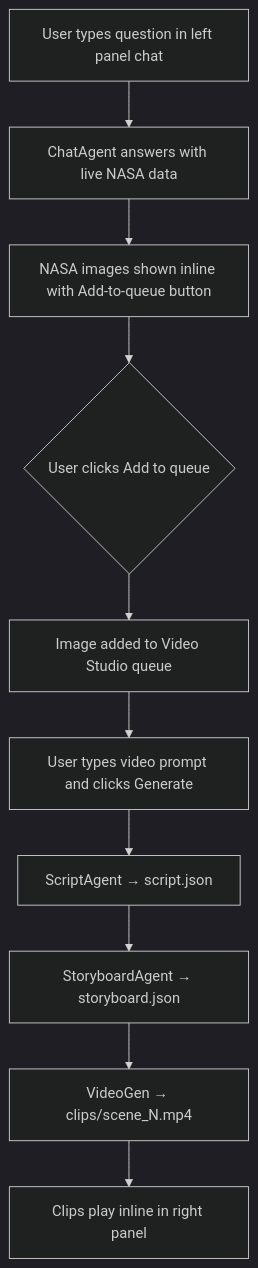
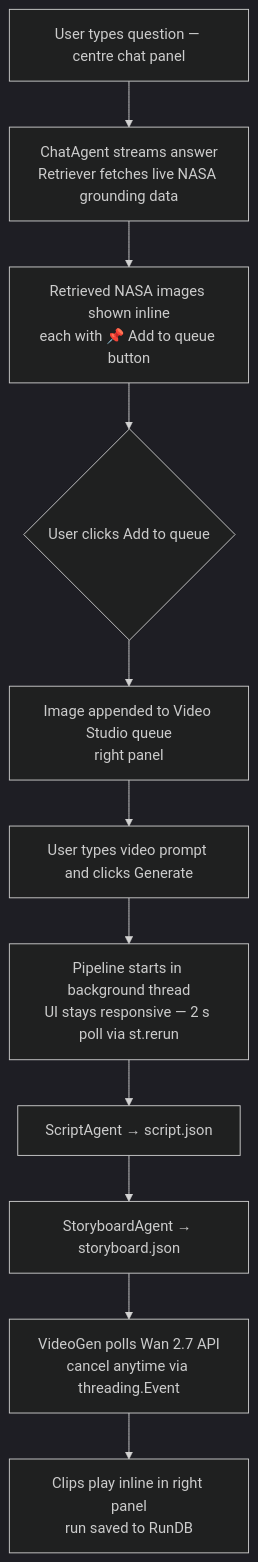
Before and after one commit to manvocao0271/nasa-mcp-assisted-ai-video-generation: the diagram in README.md, drawn with Mermaid (dark theme). The commit also changed other lines of this file, not shown here.

````diff
--- a/README.md
+++ b/README.md
@@ -65,12 +69,13 @@
 ```mermaid
 flowchart TD
-    A[User types question in left panel chat] --> B[ChatAgent answers with live NASA data]
-    B --> C[NASA images shown inline with Add-to-queue button]
+    A[User types question — centre chat panel] --> B[ChatAgent streams answer\nRetriever fetches live NASA grounding data]
+    B --> C[Retrieved NASA images shown inline\neach with 📌 Add to queue button]
     C --> D{User clicks Add to queue}
-    D --> E[Image added to Video Studio queue]
+    D --> E[Image appended to Video Studio queue\nright panel]
     E --> F[User types video prompt and clicks Generate]
-    F --> G[ScriptAgent → script.json]
-    G --> H[StoryboardAgent → storyboard.json]
-    H --> I[VideoGen → clips/scene_N.mp4]
-    I --> J[Clips play inline in right panel]
+    F --> G[Pipeline starts in background thread\nUI stays responsive — 2 s poll via st.rerun]
+    G --> H[ScriptAgent → script.json]
+    H --> I[StoryboardAgent → storyboard.json]
+    I --> J[VideoGen polls Wan 2.7 API\ncancel anytime via threading.Event]
+    J --> K[Clips play inline in right panel\nrun saved to RunDB]
 ```
````
